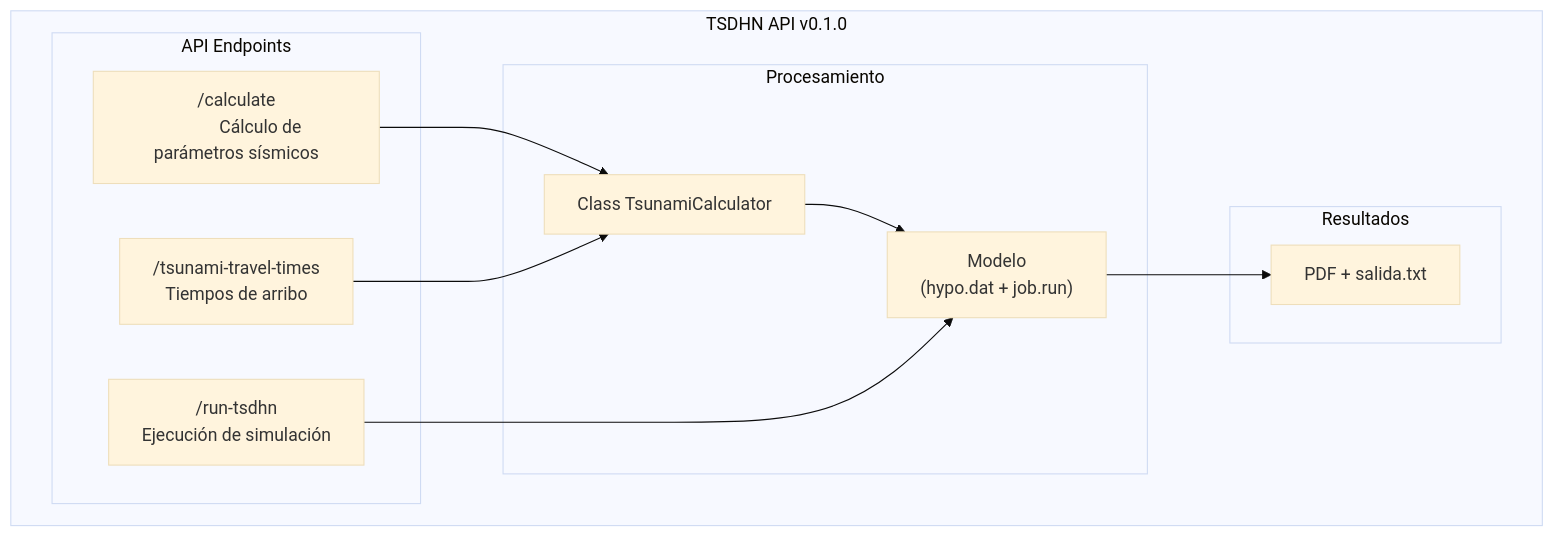
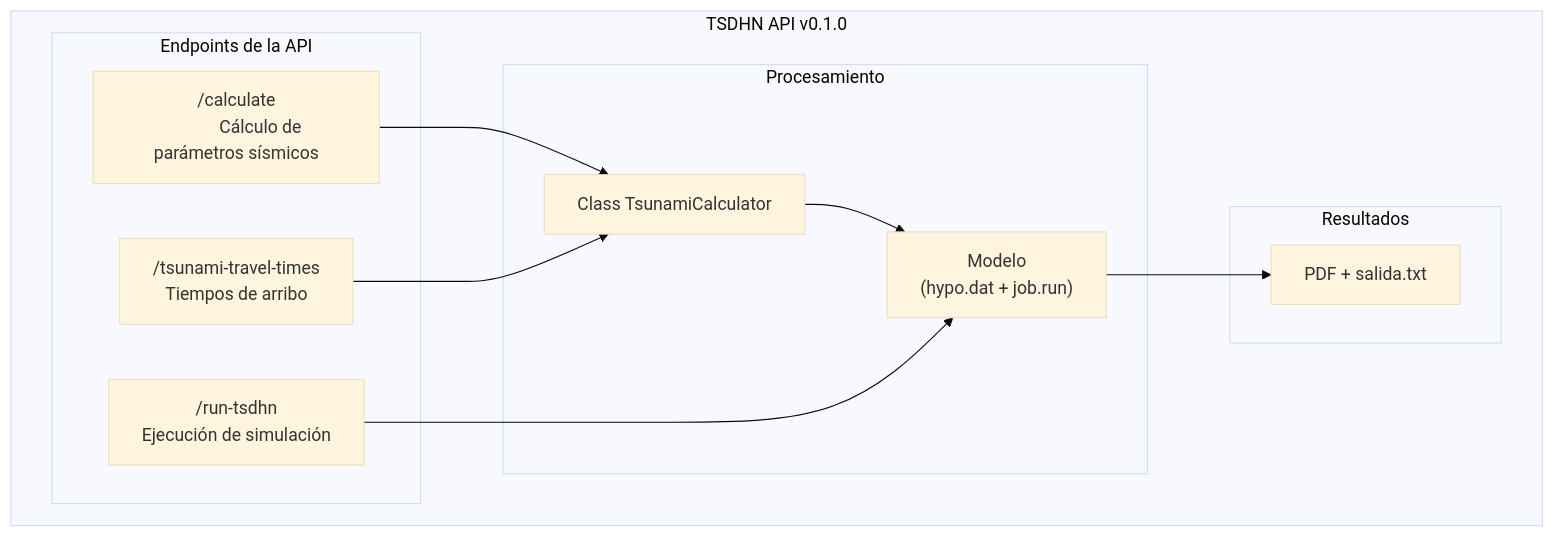
Before and after one commit to totallynotdavid/picv-2025: the diagram in README.md, drawn with Mermaid (base theme). The commit also changed other lines of this file, not shown here.

````diff
--- a/README.md
+++ b/README.md
@@ -7,29 +10,29 @@
 ```mermaid
 flowchart TB
     subgraph "TSDHN API v0.1.0"
-        subgraph Endpoints["API Endpoints"]
+        subgraph Endpoints["Endpoints de la API"]
             Calculate["/calculate
             Cálculo de parámetros sísmicos"]
             TravelTimes["/tsunami-travel-times
             Tiempos de arribo"]
             RunModel["/run-tsdhn
             Ejecución de simulación"]
         end
 
         subgraph Core["Procesamiento"]
             Calculator["Class TsunamiCalculator"]
             ModelFiles["Modelo
             (hypo.dat + job.run)"]
         end
 
         subgraph Output["Resultados"]
             Files["PDF + salida.txt"]
         end
     end
 
     Calculate --> Calculator
     TravelTimes --> Calculator
     Calculator --> ModelFiles
     RunModel --> ModelFiles
     ModelFiles --> Files
 ```
````
